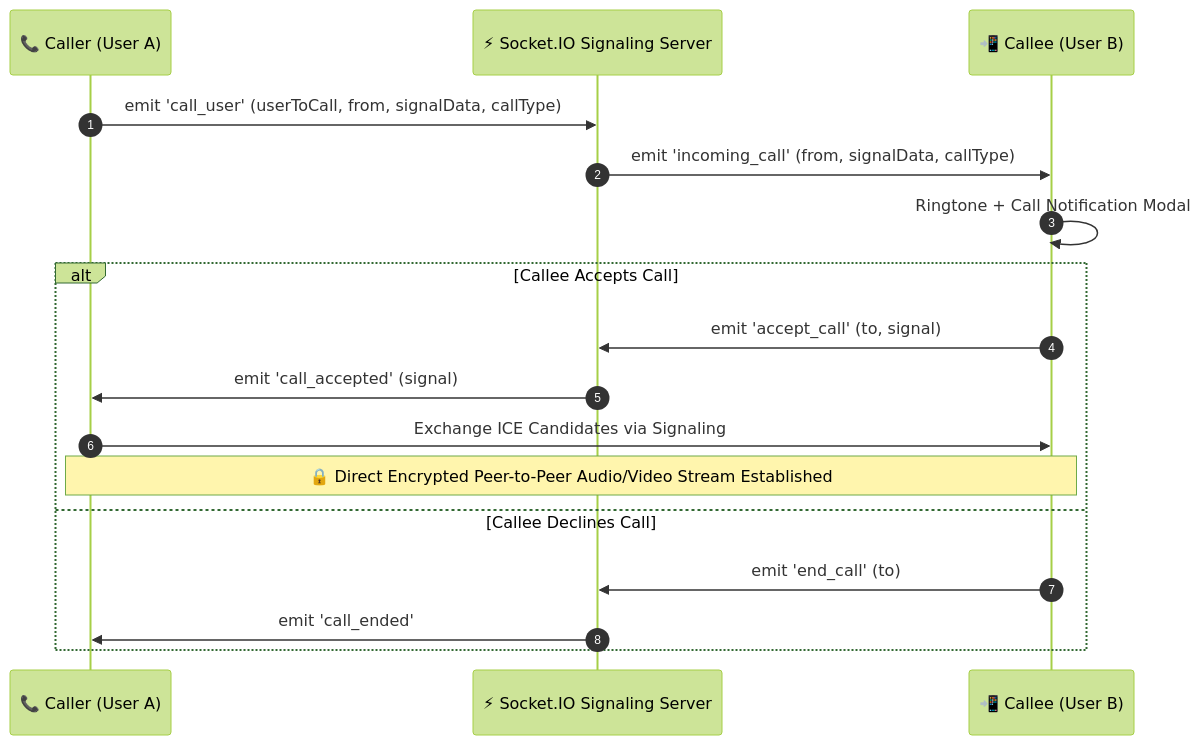
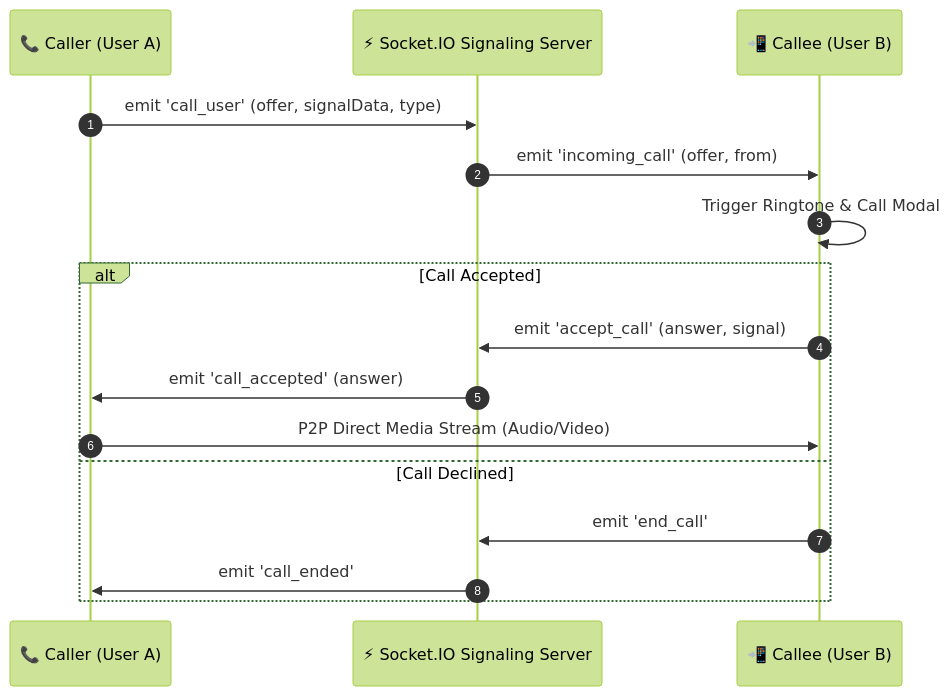
Before and after one commit to suvojitmanna/whatsApp_clone: the fifth of 6 diagrams in README.md, drawn with Mermaid (forest theme). The commit also changed other lines of this file, not shown here.

Commit message:
docs: simplify and streamline architecture diagrams in README

````diff
--- a/README.md
+++ b/README.md
@@ -235,21 +159,20 @@
 ```mermaid
 sequenceDiagram
     autonumber
     participant Caller as 📞 Caller (User A)
     participant Signaling as ⚡ Socket.IO Signaling Server
     participant Callee as 📲 Callee (User B)
 
-    Caller->>Signaling: emit 'call_user' (userToCall, from, signalData, callType)
-    Signaling->>Callee: emit 'incoming_call' (from, signalData, callType)
-    Callee->>Callee: Ringtone + Call Notification Modal
+    Caller->>Signaling: emit 'call_user' (offer, signalData, type)
+    Signaling->>Callee: emit 'incoming_call' (offer, from)
+    Callee->>Callee: Trigger Ringtone & Call Modal
     
-    alt Callee Accepts Call
-        Callee->>Signaling: emit 'accept_call' (to, signal)
-        Signaling->>Caller: emit 'call_accepted' (signal)
-        Caller->>Callee: Exchange ICE Candidates via Signaling
-        Note over Caller,Callee: 🔒 Direct Encrypted Peer-to-Peer Audio/Video Stream Established
-    else Callee Declines Call
-        Callee->>Signaling: emit 'end_call' (to)
+    alt Call Accepted
+        Callee->>Signaling: emit 'accept_call' (answer, signal)
+        Signaling->>Caller: emit 'call_accepted' (answer)
+        Caller->>Callee: P2P Direct Media Stream (Audio/Video)
+    else Call Declined
+        Callee->>Signaling: emit 'end_call'
         Signaling->>Caller: emit 'call_ended'
     end
 ```
````
